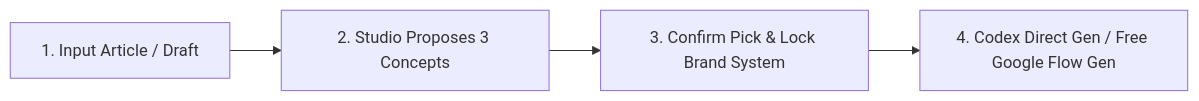
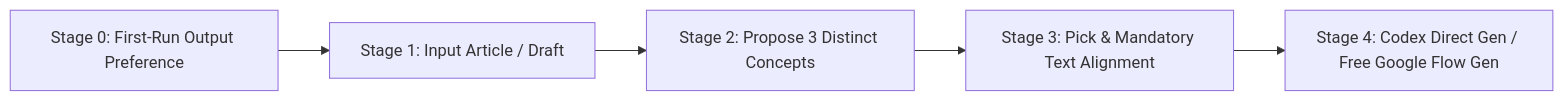
Before and after one commit to kaomei/cover-studio: the diagram in README.en.md, drawn with Mermaid. The commit also changed other lines of this file and 8 other files, not shown here.

Commit message:
docs: add initial preference intake and mandatory headline/tag text alignment steps

````diff
--- a/README.en.md
+++ b/README.en.md
@@ -73,6 +57,7 @@
 ```mermaid
 flowchart LR
-    A[1. Input Article / Draft] --> B[2. Studio Proposes 3 Concepts]
-    B --> C[3. Confirm Pick & Lock Brand System]
-    C --> D[4. Codex Direct Gen / Free Google Flow Gen]
+    A[Stage 0: First-Run Output Preference] --> B[Stage 1: Input Article / Draft]
+    B --> C[Stage 2: Propose 3 Distinct Concepts]
+    C --> D[Stage 3: Pick & Mandatory Text Alignment]
+    D --> E[Stage 4: Codex Direct Gen / Free Google Flow Gen]
 ```
````
